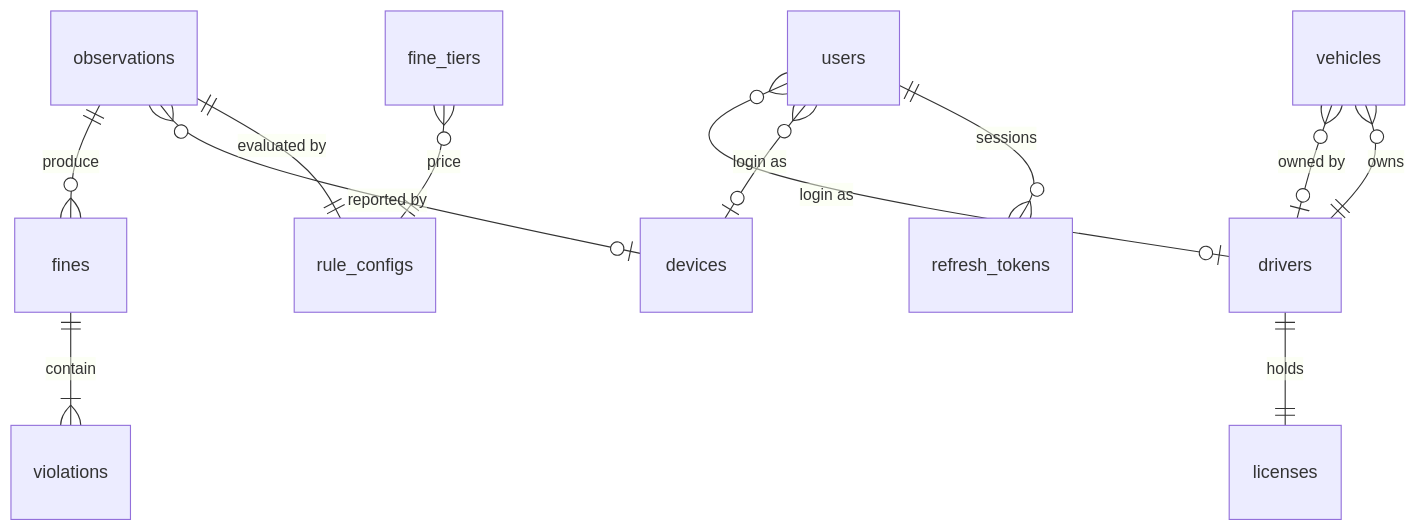
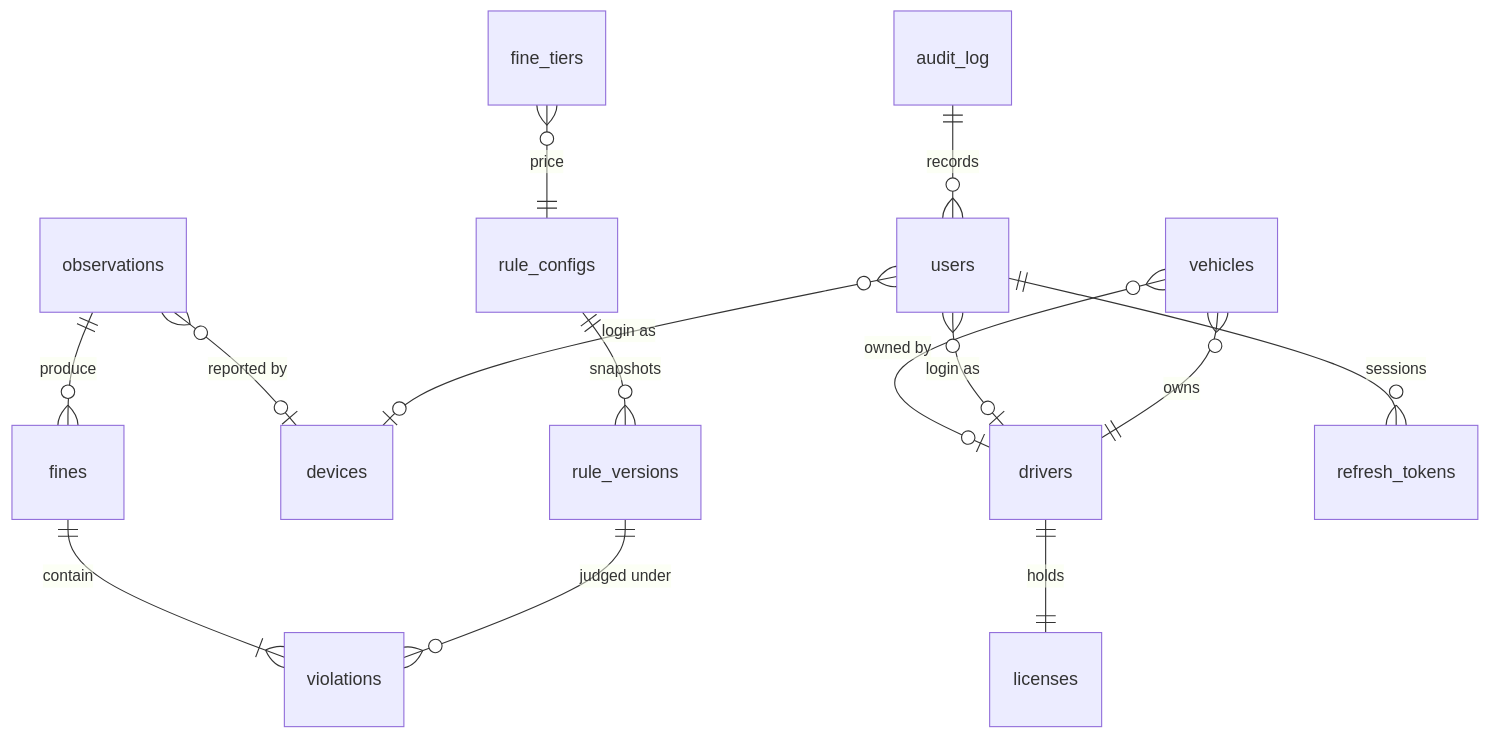
The second of 2 diagrams in backend/README.md (MahmoudYoussef-web/quantum-radar), drawn with Mermaid before and after one commit. The commit also changed other lines of this file and 1 other file, not shown here.

Commit message:
docs: audit versions heartbeat metrics and new endpoints

````diff
--- a/backend/README.md
+++ b/backend/README.md
@@ -38,14 +40,16 @@
 ```mermaid
 erDiagram
     observations ||--o{ fines : "produce"
     fines ||--|{ violations : "contain"
     observations }o--o| devices : "reported by"
-    observations ||--|| rule_configs : "evaluated by"
+    rule_configs ||--o{ rule_versions : "snapshots"
+    rule_versions ||--o{ violations : "judged under"
     vehicles }o--o| drivers : "owned by"
     drivers ||--|| licenses : "holds"
     drivers ||--o{ vehicles : "owns"
     users }o--o| drivers : "login as"
     users }o--o| devices : "login as"
     users ||--o{ refresh_tokens : "sessions"
     fine_tiers }o--|| rule_configs : "price"
+    audit_log ||--o{ users : "records"
 ```
````
